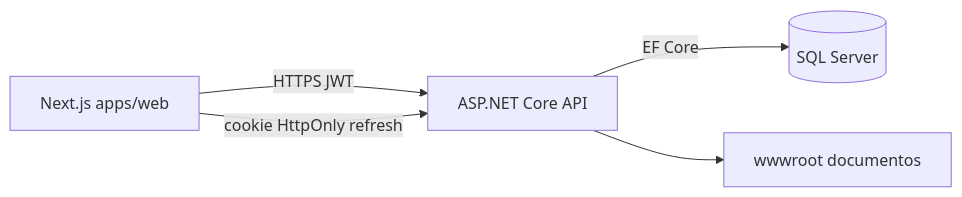
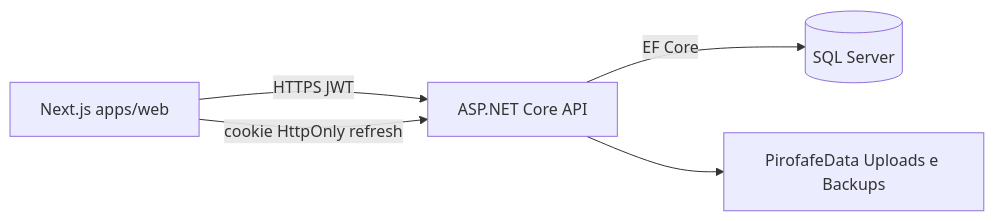
Before and after one commit to Vie1r4/sistema-gestao-pirotecnica: the diagram in README.md, drawn with Mermaid. The commit also changed other lines of this file and 3381 other files, not shown here.

````diff
--- a/README.md
+++ b/README.md
@@ -21,7 +21,7 @@
 ```mermaid
 flowchart LR
   Browser[Next.js apps/web] -->|HTTPS JWT| Api[ASP.NET Core API]
   Api -->|EF Core| Db[(SQL Server)]
-  Api --> Files[wwwroot documentos]
+  Api --> Files[PirofafeData Uploads e Backups]
   Browser -->|cookie HttpOnly refresh| Api
 ```
````
